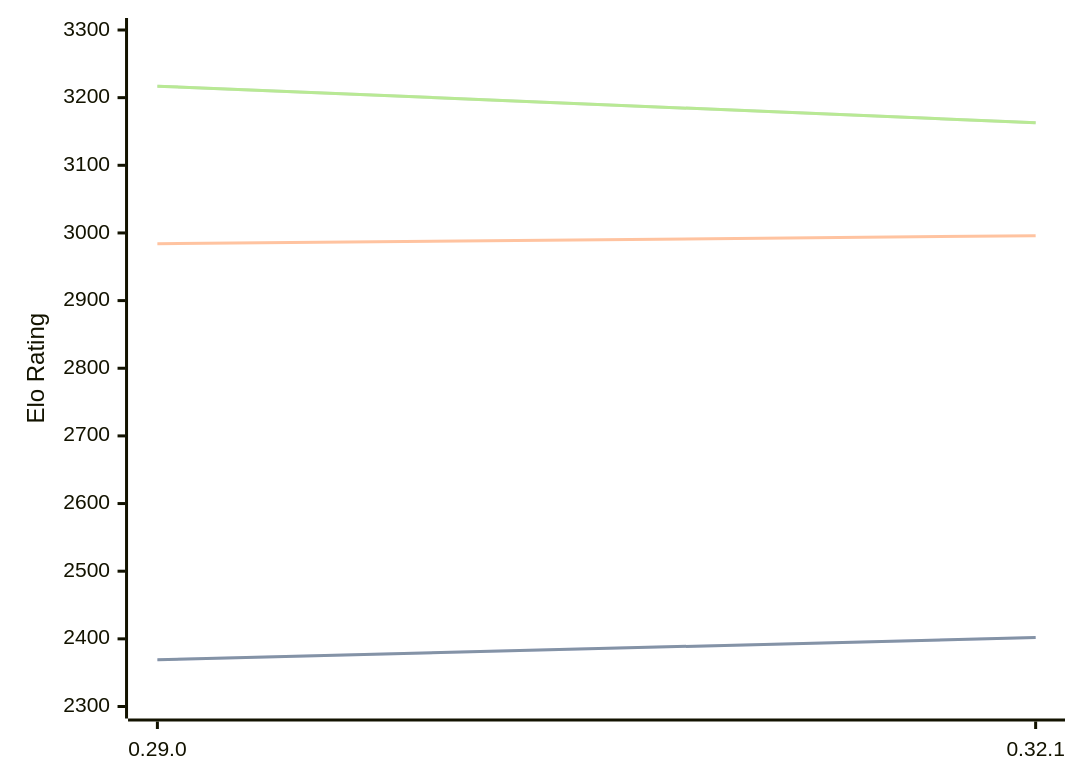
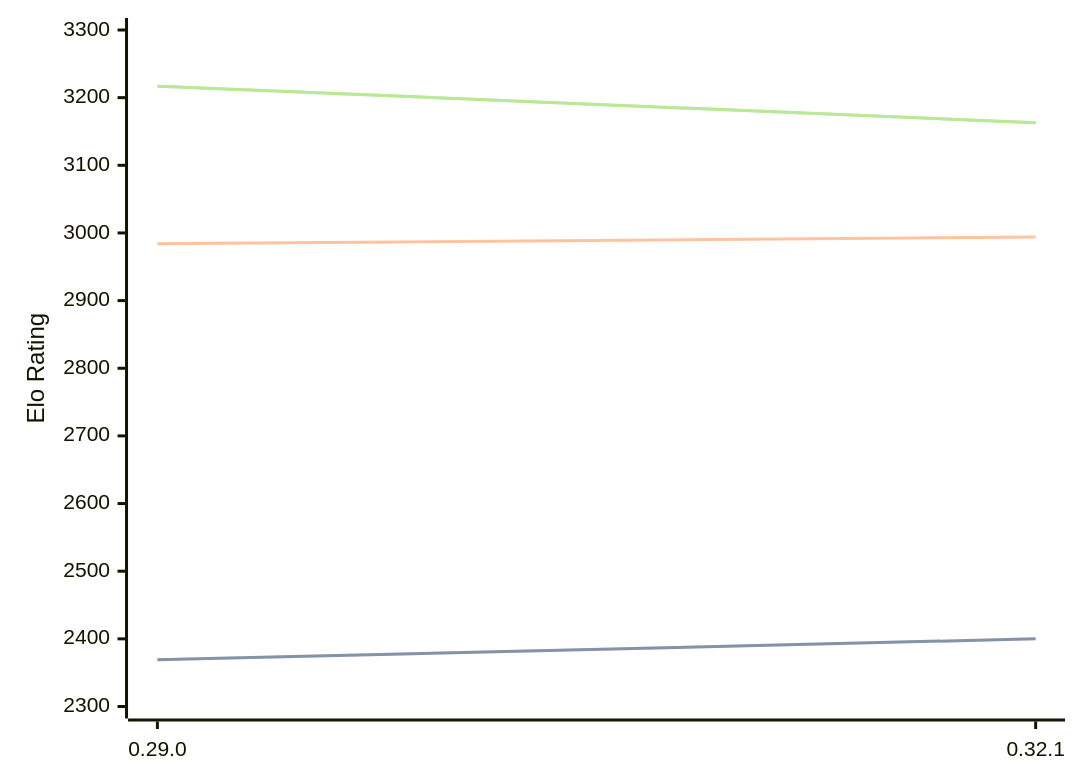
One commit to computer-chess-index/cci changed the first of 3 diagrams in engines/Lc0.md. Above: the diagram before and after it, drawn with Mermaid. The commit also changed other lines of this file, not shown here.

````diff
--- a/engines/Lc0.md
+++ b/engines/Lc0.md
@@ -68,11 +68,11 @@
 ```mermaid
 %%{init: {"theme":"base","themeVariables":{"seriesColors:['#a3a3a3','#222221','#faa371']}}}%%
 xychart-beta
   x-axis ["0.29.0", "0.32.1"]
   y-axis "Elo Rating" 2300 --> 3300
-  line "STC (8.0+0.08s)" [2369, 2402]
-  line "STC (8.0+0.08s)" [2369, 2402]
-  line "LTC (60.0+0.60s)" [2984, 2996]
+  line "STC (8.0+0.08s)" [2369, 2400]
+  line "STC (8.0+0.08s)" [2369, 2400]
+  line "LTC (60.0+0.60s)" [2984, 2994]
   line "VLTC (2m24s+1.12s)" [3217, 3163]
   line "VLTC (2m24s+1.12s)" [3217, 3163]
 ```
````
